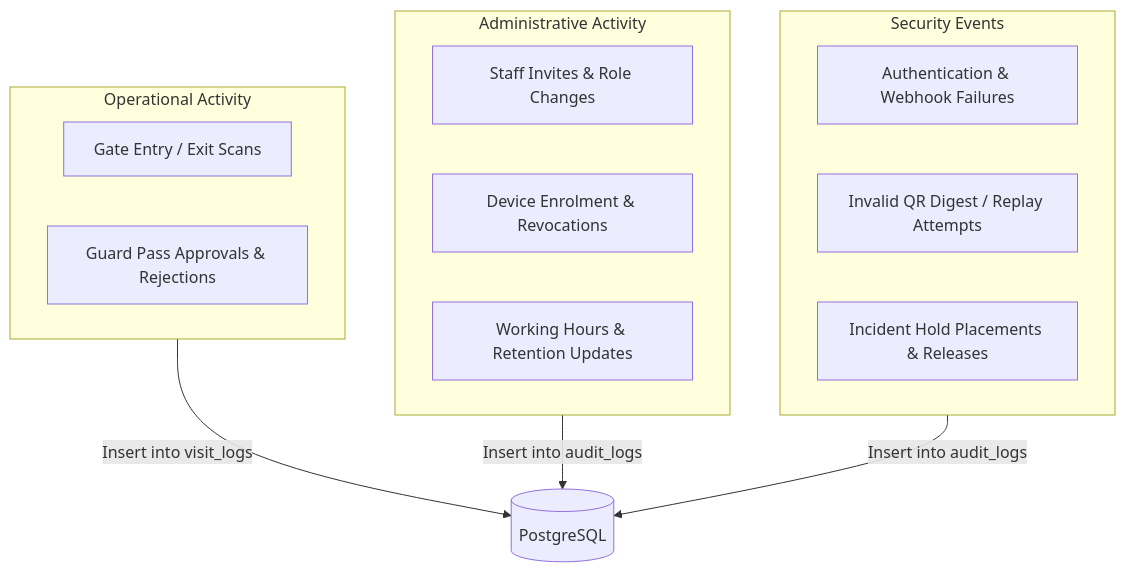
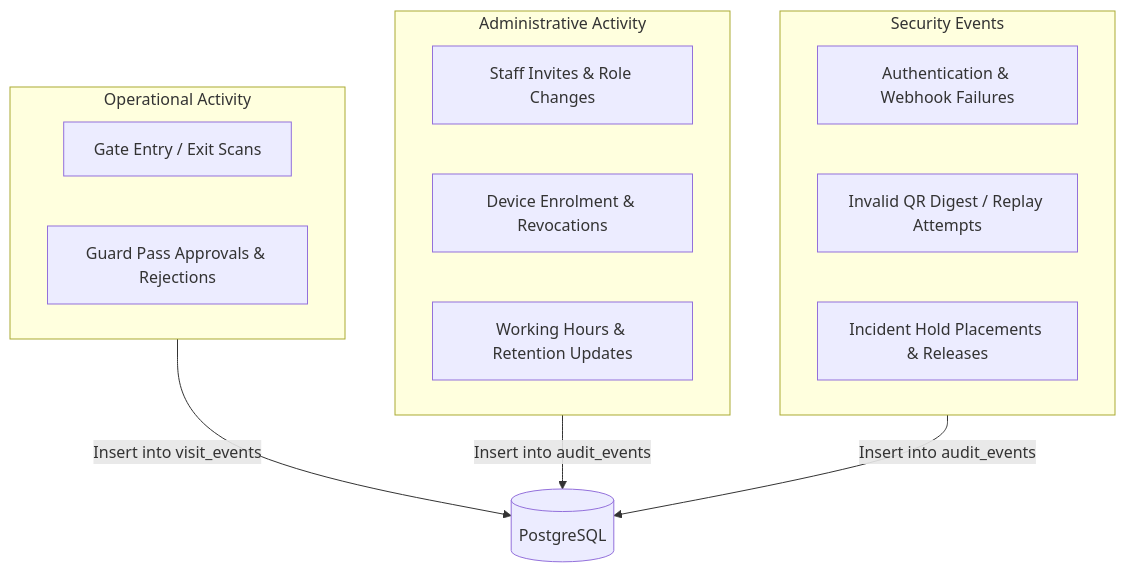
Before and after one commit to jsphhbna/egatepass: the first of 2 diagrams in docs/AUDIT_POLICY.md, drawn with Mermaid. The commit also changed other lines of this file and 13 other files, not shown here.

Commit message:
docs(truthfulness): repair markdown formatting, mermaid blocks, and architectural truthfulness across all active documentation

````diff
--- a/docs/AUDIT_POLICY.md
+++ b/docs/AUDIT_POLICY.md
@@ -11,23 +11,23 @@
 ```mermaid
 flowchart TD
     subgraph OperationalLayer["Operational Activity"]
         GateScan[Gate Entry / Exit Scans]
         GuardDecision[Guard Pass Approvals & Rejections]
     end
 
     subgraph AdministrativeLayer["Administrative Activity"]
         StaffChange[Staff Invites & Role Changes]
         DeviceEnroll[Device Enrolment & Revocations]
         SettingsUpdate[Working Hours & Retention Updates]
     end
 
     subgraph SecurityLayer["Security Events"]
         AuthFail[Authentication & Webhook Failures]
         TamperAttempt[Invalid QR Digest / Replay Attempts]
         HoldEvent[Incident Hold Placements & Releases]
     end
 
-    OperationalLayer -->|Insert into visit_logs| DB[(PostgreSQL)]
-    AdministrativeLayer -->|Insert into audit_logs| DB
-    SecurityLayer -->|Insert into audit_logs| DB
+    OperationalLayer -->|Insert into visit_events| DB[(PostgreSQL)]
+    AdministrativeLayer -->|Insert into audit_events| DB
+    SecurityLayer -->|Insert into audit_events| DB
 ```
````
